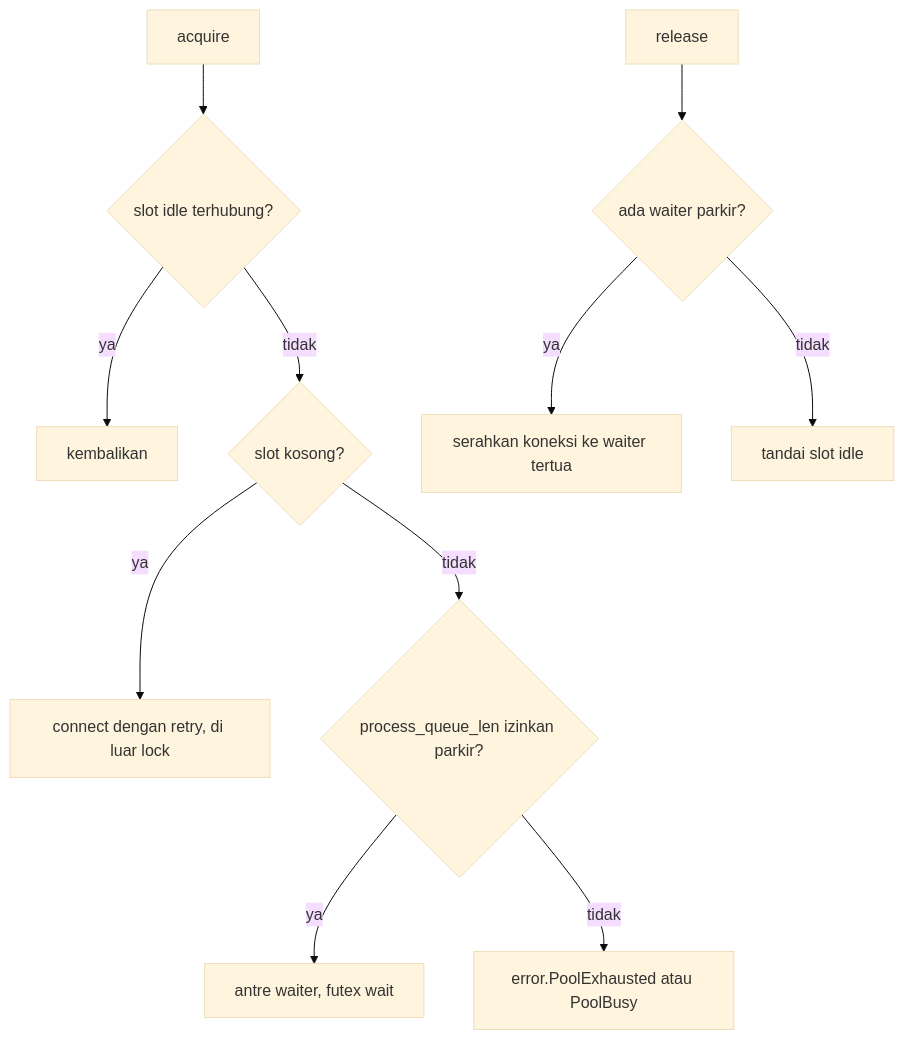
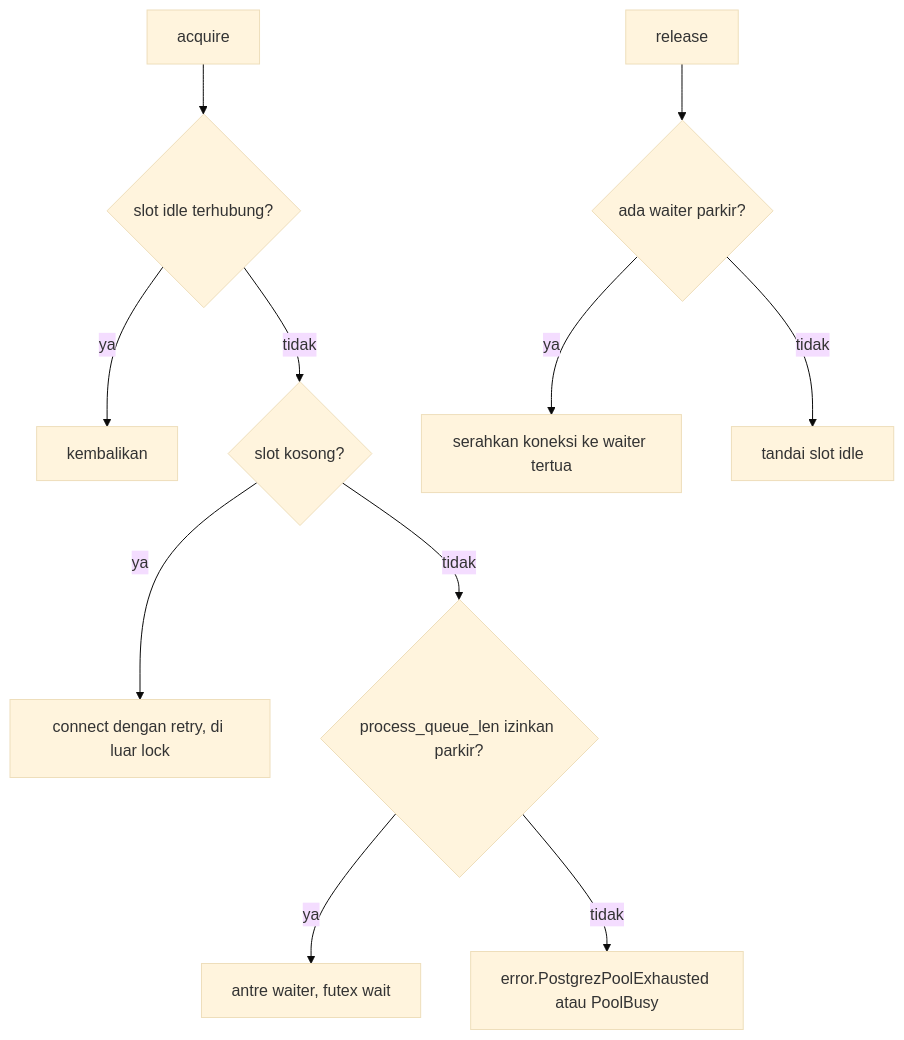
The fifth of 5 diagrams in docs/driver/postgrez/lld-id.md (prothegee/zix), drawn with Mermaid (base theme) before and after one commit. The commit also changed other lines of this file and 410 other files, not shown here.

````diff
--- a/docs/driver/postgrez/lld-id.md
+++ b/docs/driver/postgrez/lld-id.md
@@ -121,13 +121,13 @@
 ```mermaid
 flowchart TB
     acq[acquire] --> idle{slot idle terhubung?}
     idle -->|ya| hand[kembalikan]
     idle -->|tidak| empty{slot kosong?}
     empty -->|ya| conn[connect dengan retry, di luar lock]
     empty -->|tidak| park{process_queue_len izinkan parkir?}
     park -->|ya| wait[antre waiter, futex wait]
-    park -->|tidak| shed[error.PoolExhausted atau PoolBusy]
+    park -->|tidak| shed[error.PostgrezPoolExhausted atau PoolBusy]
     rel[release] --> waiter{ada waiter parkir?}
     waiter -->|ya| grant[serahkan koneksi ke waiter tertua]
     waiter -->|tidak| back[tandai slot idle]
 ```
````
